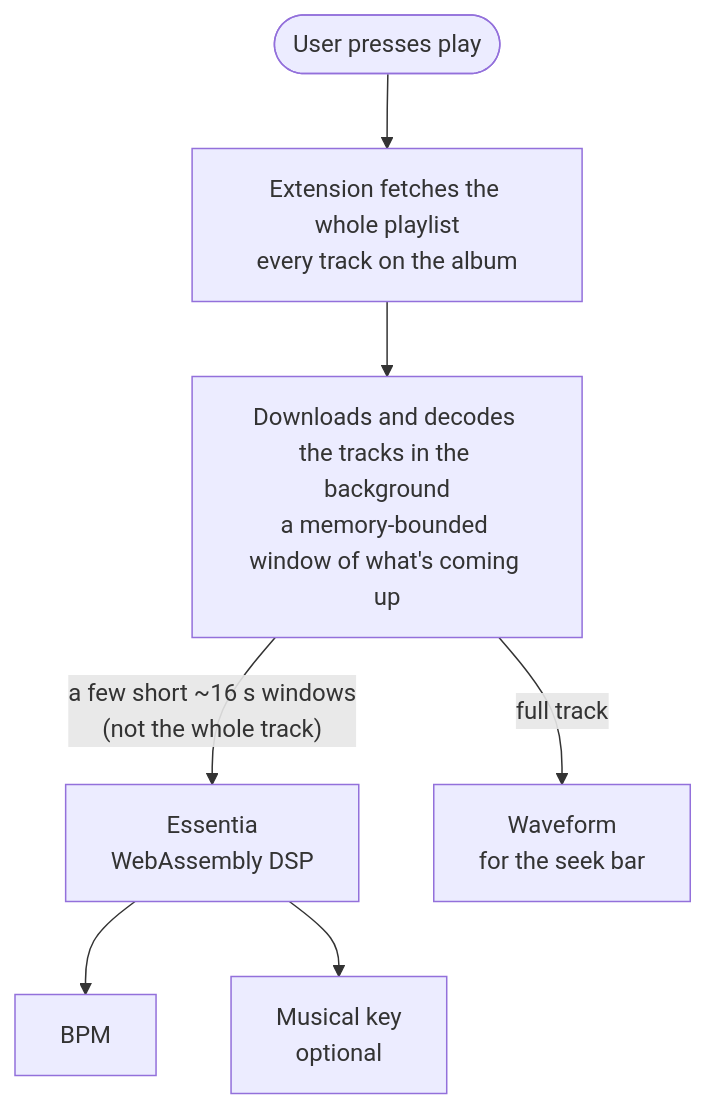
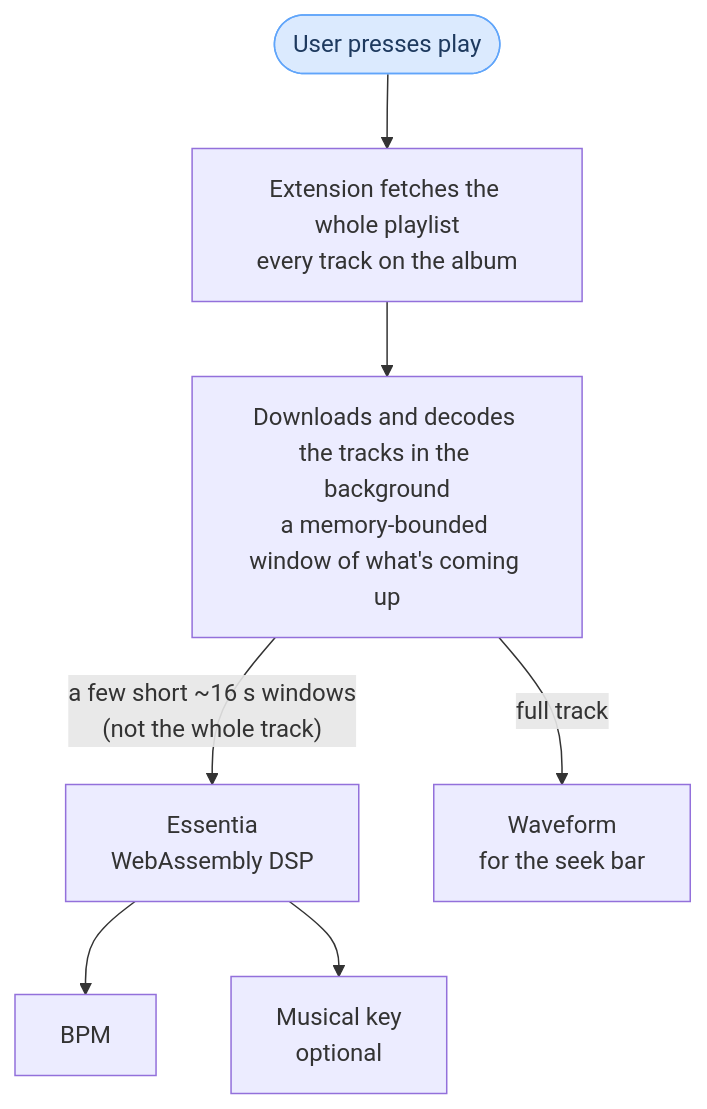
Before and after one commit to tobias-d/bandcamp-player-extension: the second of 2 diagrams in README.md, drawn with Mermaid. The commit also changed other lines of this file, not shown here.

First line of the commit message:
README: refine playback diagram (action styling + SignalSmith box)

````diff
--- a/README.md
+++ b/README.md
@@ -85,9 +89,12 @@
 ```mermaid
 flowchart TD
     Play([User presses play]) --> Playlist[Extension fetches the whole playlist<br/>every track on the album]
     Playlist --> Download["Downloads and decodes the tracks in the background<br/>a memory-bounded window of what's coming up"]
     Download -->|"a few short ~16 s windows<br/>(not the whole track)"| Essentia[Essentia<br/>WebAssembly DSP]
     Download -->|full track| Wave[Waveform<br/>for the seek bar]
     Essentia --> BPM[BPM]
     Essentia --> Key[Musical key<br/>optional]
+
+    classDef action fill:#dbeafe,stroke:#60a5fa,color:#1e3a5f;
+    class Play action;
 ```
````
